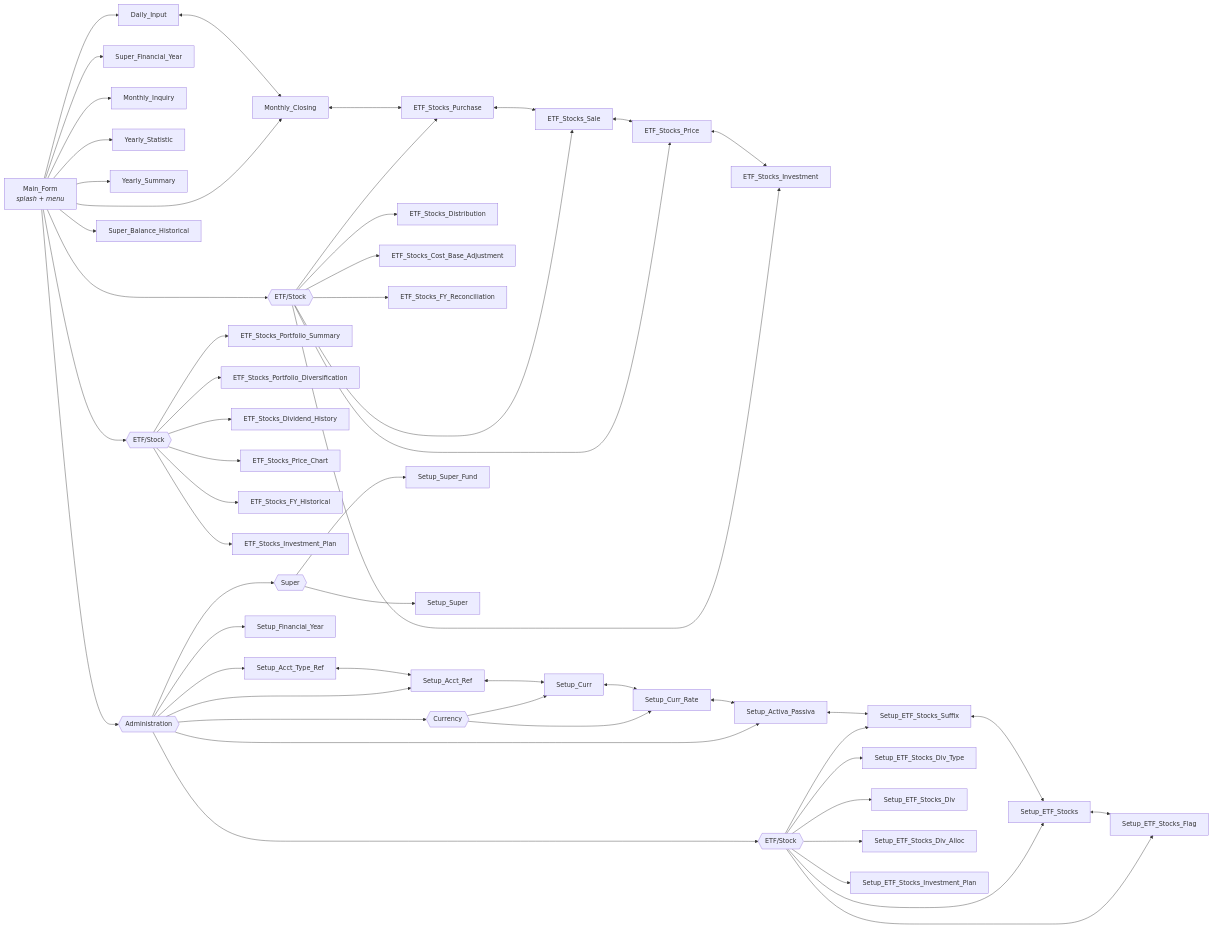
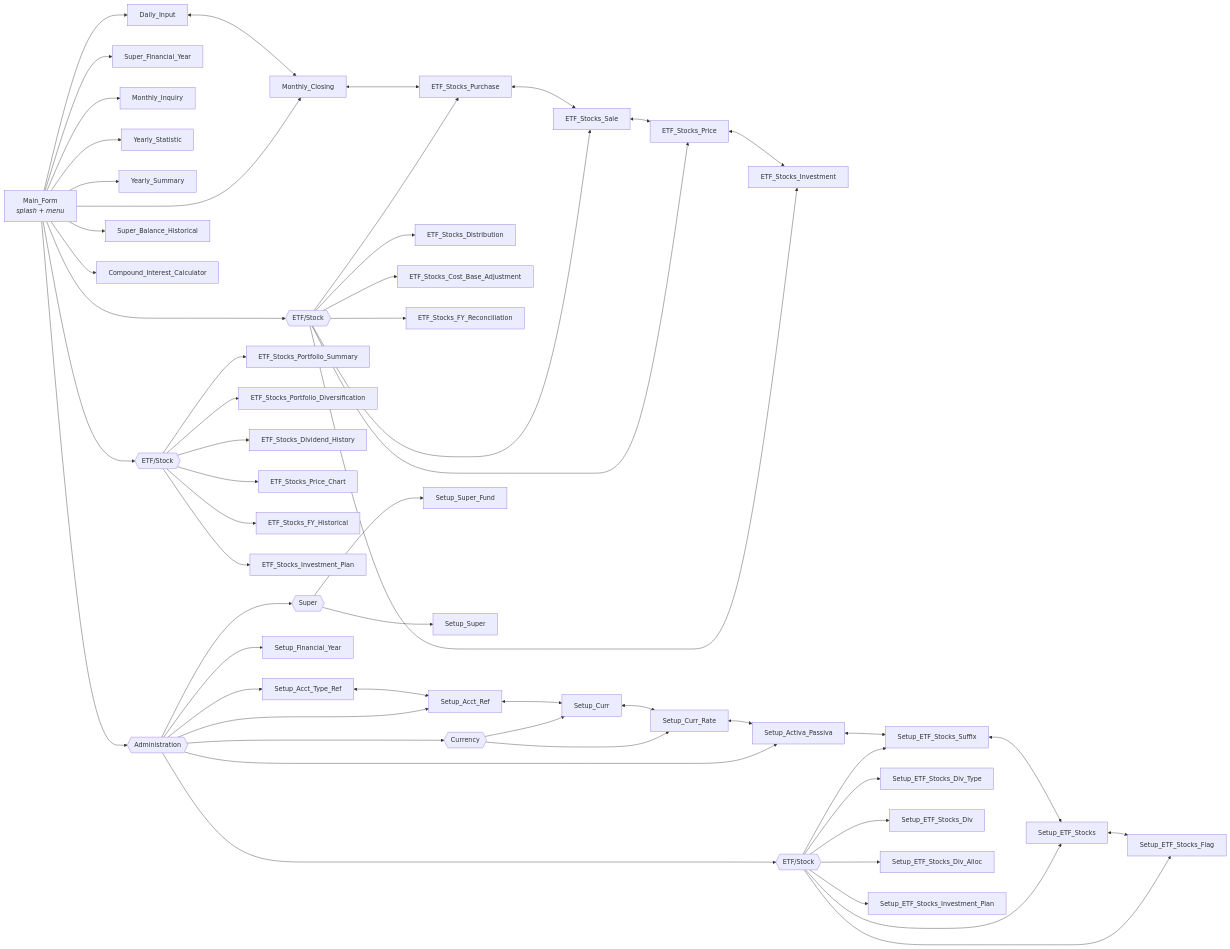
One commit to oscar-rijadi/FinancialBalance changed the second of 3 diagrams in README.md. Above: the diagram before and after it, drawn with Mermaid. The commit also changed other lines of this file and 32 other files, not shown here.

Commit message:
Add Compound Interest Calculator

````diff
--- a/README.md
+++ b/README.md
@@ -106,61 +107,62 @@
 ```mermaid
 flowchart LR
     MAIN["Main_Form<br/><i>splash + menu</i>"]
 
     MAIN --> DI["Daily_Input"]
     MAIN --> MC["Monthly_Closing"]
     MAIN --> PETFG{{"ETF/Stock"}}
     PETFG --> ETP["ETF_Stocks_Price"]
     PETFG --> ETI["ETF_Stocks_Investment"]
     PETFG --> ETB["ETF_Stocks_Purchase"]
     PETFG --> ETS["ETF_Stocks_Sale"]
     PETFG --> ETD["ETF_Stocks_Distribution"]
     PETFG --> ECB["ETF_Stocks_Cost_Base_Adjustment"]
     PETFG --> ETR["ETF_Stocks_FY_Reconciliation"]
     MAIN --> SFYP["Super_Financial_Year"]
     MAIN --> MI["Monthly_Inquiry"]
     MAIN --> YT["Yearly_Statistic"]
     MAIN --> YS["Yearly_Summary"]
     MAIN --> PORTG{{"ETF/Stock"}}
     PORTG --> PSUM["ETF_Stocks_Portfolio_Summary"]
     PORTG --> PDIV["ETF_Stocks_Portfolio_Diversification"]
     PORTG --> PDVH["ETF_Stocks_Dividend_History"]
     PORTG --> PPCH["ETF_Stocks_Price_Chart"]
     PORTG --> PFYH["ETF_Stocks_FY_Historical"]
     PORTG --> PIVP["ETF_Stocks_Investment_Plan"]
     MAIN --> SBH["Super_Balance_Historical"]
+    MAIN --> CIC["Compound_Interest_Calculator"]
 
     MAIN --> ADMIN{{"Administration"}}
     ADMIN --> SATR["Setup_Acct_Type_Ref"]
     ADMIN --> SAR["Setup_Acct_Ref"]
     ADMIN --> CURG{{"Currency"}}
     CURG --> SC["Setup_Curr"]
     CURG --> SCR["Setup_Curr_Rate"]
     ADMIN --> SAP["Setup_Activa_Passiva"]
     ADMIN --> SFY["Setup_Financial_Year"]
     ADMIN --> ETFG{{"ETF/Stock"}}
     ETFG --> SES["Setup_ETF_Stocks_Suffix"]
     ETFG --> SET["Setup_ETF_Stocks"]
     ETFG --> SEF["Setup_ETF_Stocks_Flag"]
     ETFG --> SDT["Setup_ETF_Stocks_Div_Type"]
     ETFG --> SDV["Setup_ETF_Stocks_Div"]
     ETFG --> SDA["Setup_ETF_Stocks_Div_Alloc"]
     ETFG --> SIP["Setup_ETF_Stocks_Investment_Plan"]
     ADMIN --> SUPG{{"Super"}}
     SUPG --> SSF["Setup_Super_Fund"]
     SUPG --> SSU["Setup_Super"]
 
     DI <--> MC
     MC <--> ETB
     ETB <--> ETS
     ETS <--> ETP
     ETP <--> ETI
 
     SATR <--> SAR
     SAR <--> SC
     SC <--> SCR
     SCR <--> SAP
     SAP <--> SES
     SES <--> SET
     SET <--> SEF
 ```
````
